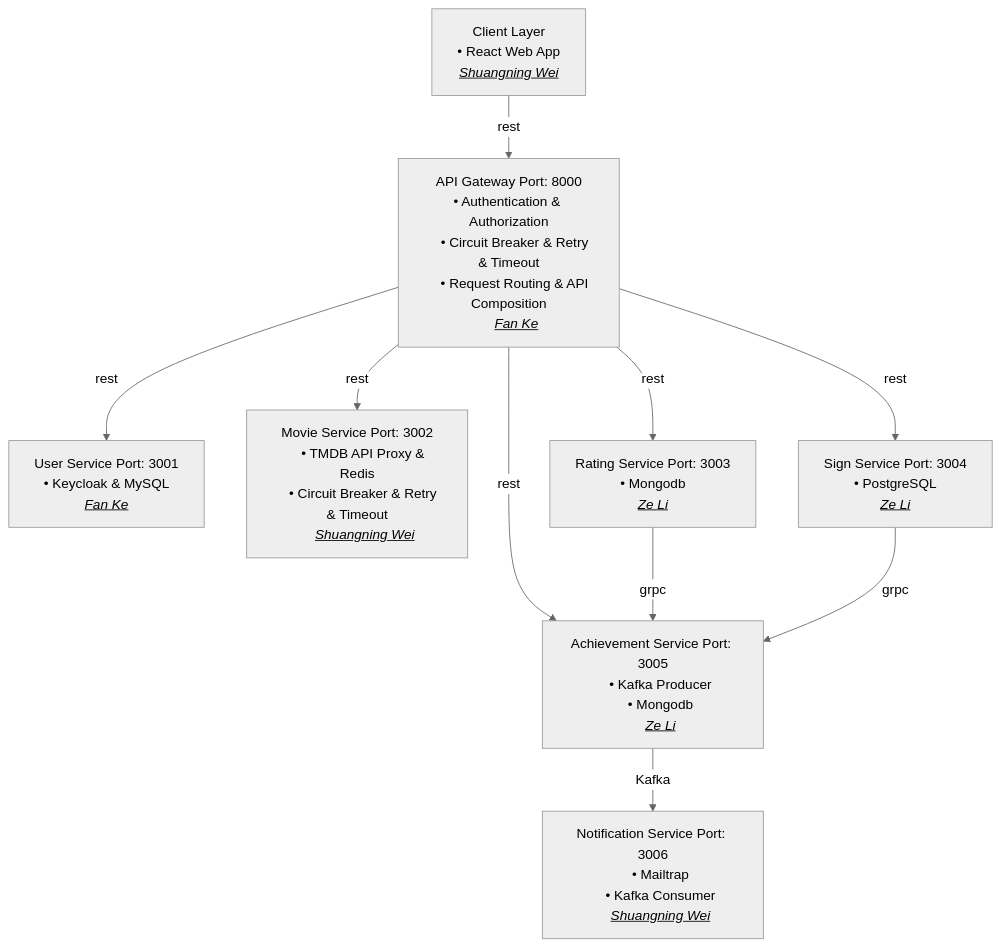
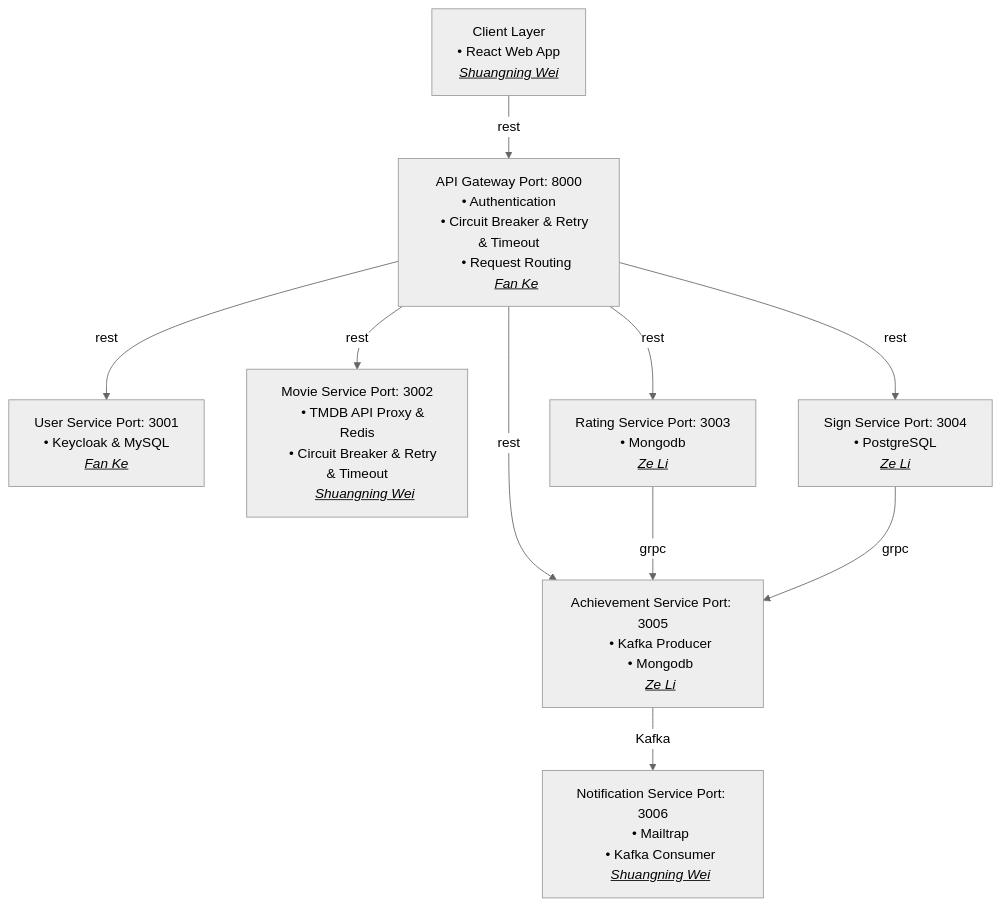
Before and after one commit to Shelly892/CineQuest: the diagram in readme.md, drawn with Mermaid (neutral theme). The commit also changed other lines of this file and 8 other files, not shown here.

````diff
--- a/readme.md
+++ b/readme.md
@@ -34,63 +44,63 @@
 ```mermaid
 flowchart TD
     %% Client Layer
     A[Client Layer
     • React Web App
     <i><u>Shuangning Wei</u></i>]
     
     %% API Gateway
-    B[API Gateway Port: 8000</br>• Authentication & Authorization
+    B[API Gateway Port: 8000</br>• Authentication
     • Circuit Breaker & Retry & Timeout
-    • Request Routing & API Composition
+    • Request Routing
     <i><u>Fan Ke</u></i>]
     
     %% Microservices
     C[User Service Port: 3001
     • Keycloak & MySQL
     <i><u>Fan Ke</u></i>]
     
     D[Movie Service Port: 3002
     • TMDB API Proxy & Redis
     • Circuit Breaker & Retry & Timeout
     <i><u>Shuangning Wei</u></i>]
     
     E[Rating Service Port: 3003
     • Mongodb
     <i><u>Ze Li</u></i>]
     
     F[Sign Service Port: 3004
     • PostgreSQL
     <i><u>Ze Li</u></i>]
     
     G[Achievement Service Port: 3005
     • Kafka Producer
     • Mongodb
     <i><u>Ze Li</u></i>]
     
     H[Notification Service Port: 3006
     • Mailtrap
     • Kafka Consumer
     <i><u>Shuangning Wei</u></i>]
     
     %% Connections
     A -->|rest| B
     B -->|rest| C
     B -->|rest| D
     B -->|rest| E
     B -->|rest| F
     B -->|rest| G
     
 
     E -->|grpc| G
     F -->|grpc| G
     
     G -->|Kafka| H
 
 %%    B -.-> I
 %%    C -.-> I
 %%    D -.-> I
 %%    E -.-> I
 %%    F -.-> I
 %%    G -.-> I
 %%    H -.-> I
 ```
````
